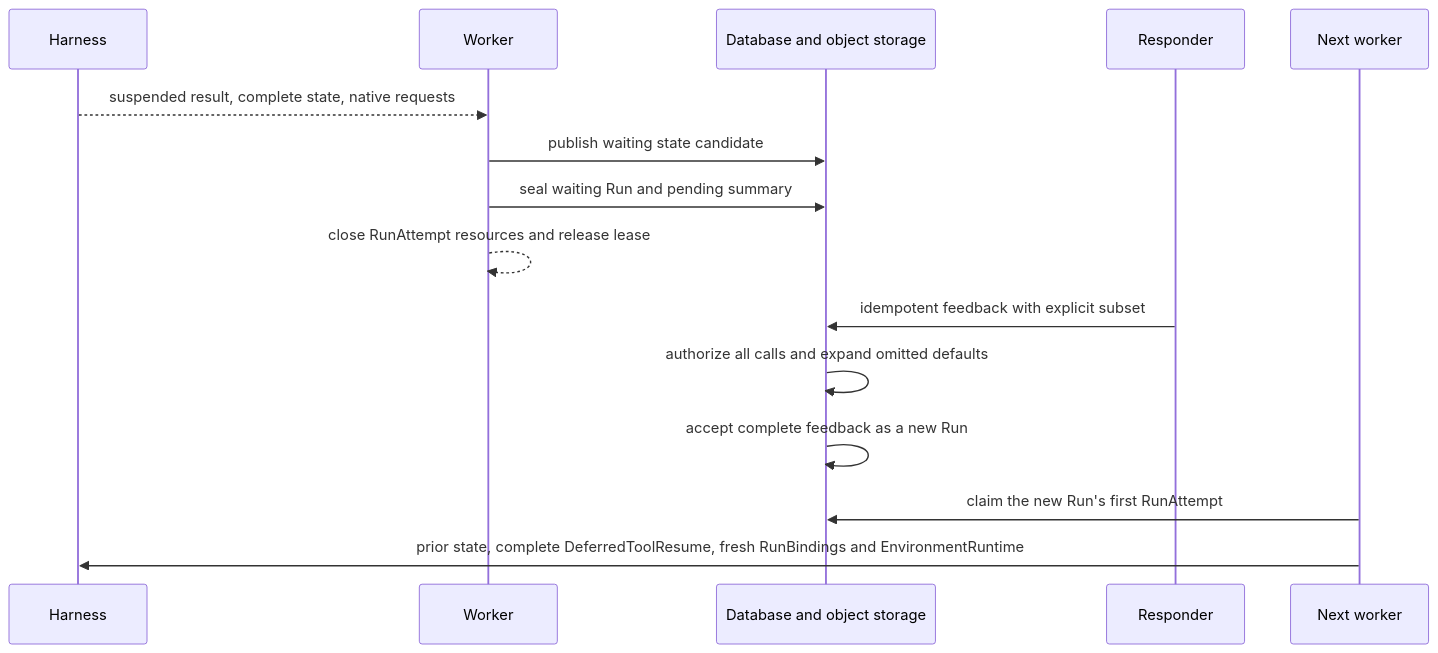
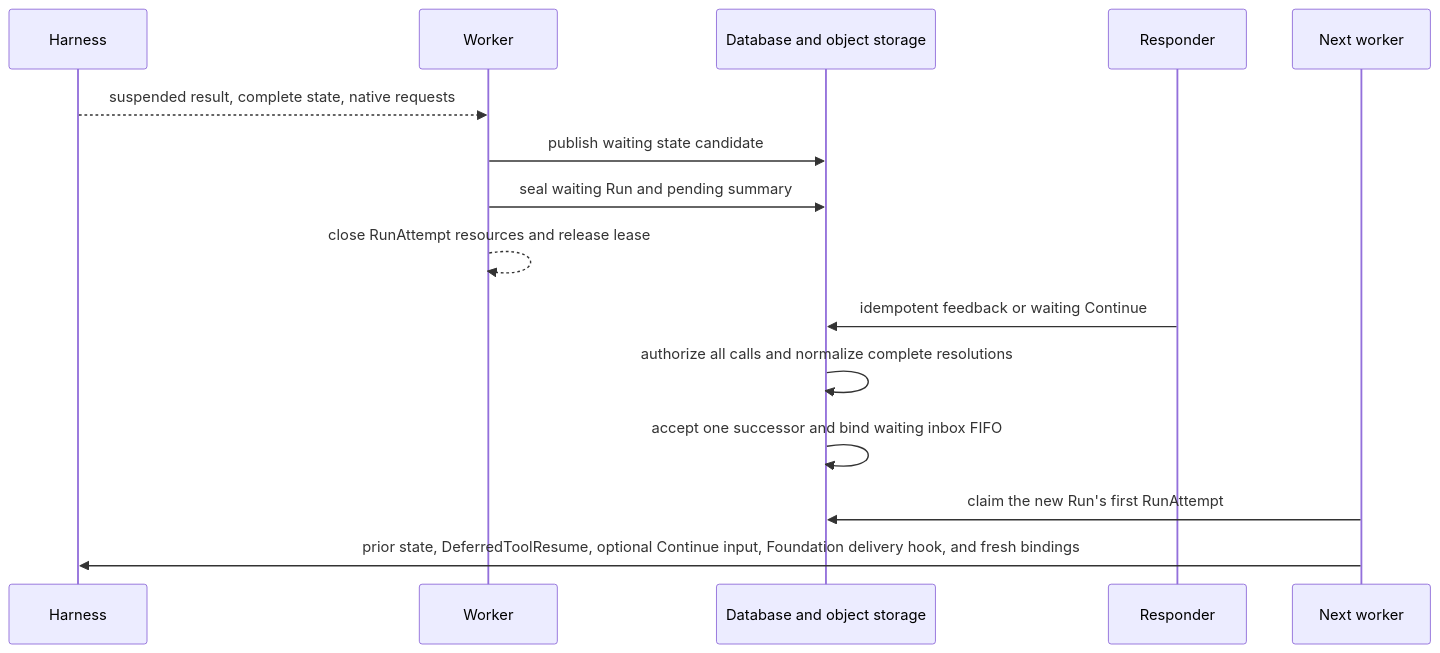
One commit to LTThreeComma/agent-foundation changed the second of 2 diagrams in spec/foundation-service/34-agent-control-input-and-continuation.md. Above: the diagram before and after it, drawn with Mermaid. The commit also changed other lines of this file and 17 other files, not shown here.

First line of the commit message:
docs(foundation-service): define waiting continue and inbox FIFO (#78)

````diff
--- a/spec/foundation-service/34-agent-control-input-and-continuation.md
+++ b/spec/foundation-service/34-agent-control-input-and-continuation.md
@@ -304,18 +329,18 @@
 ```mermaid
 sequenceDiagram
     participant Harness
     participant Worker
     participant Durable as Database and object storage
     participant Responder
     participant NextWorker as Next worker
 
     Harness-->>Worker: suspended result, complete state, native requests
     Worker->>Durable: publish waiting state candidate
     Worker->>Durable: seal waiting Run and pending summary
     Worker-->>Worker: close RunAttempt resources and release lease
-    Responder->>Durable: idempotent feedback with explicit subset
-    Durable->>Durable: authorize all calls and expand omitted defaults
-    Durable->>Durable: accept complete feedback as a new Run
+    Responder->>Durable: idempotent feedback or waiting Continue
+    Durable->>Durable: authorize all calls and normalize complete resolutions
+    Durable->>Durable: accept one successor and bind waiting inbox FIFO
     NextWorker->>Durable: claim the new Run's first RunAttempt
-    NextWorker->>Harness: prior state, complete DeferredToolResume, fresh RunBindings and EnvironmentRuntime
+    NextWorker->>Harness: prior state, DeferredToolResume, optional Continue input, Foundation delivery hook, and fresh bindings
 ```
````
